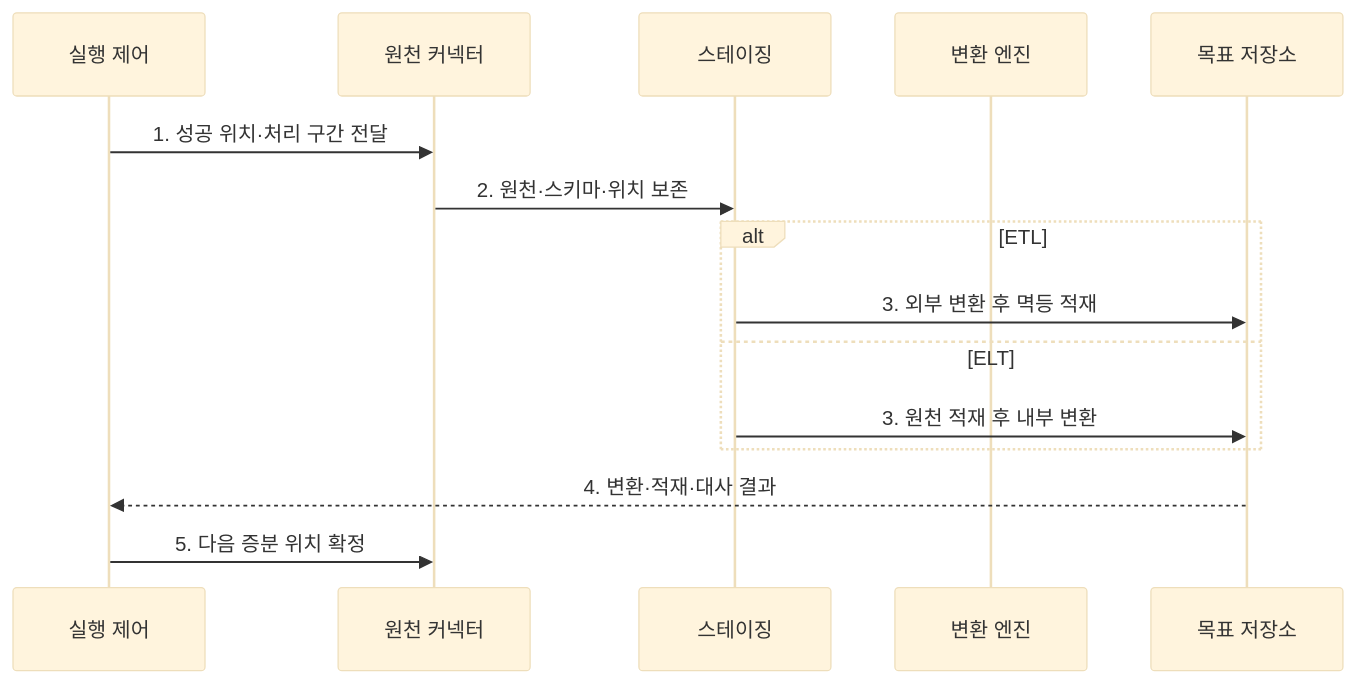
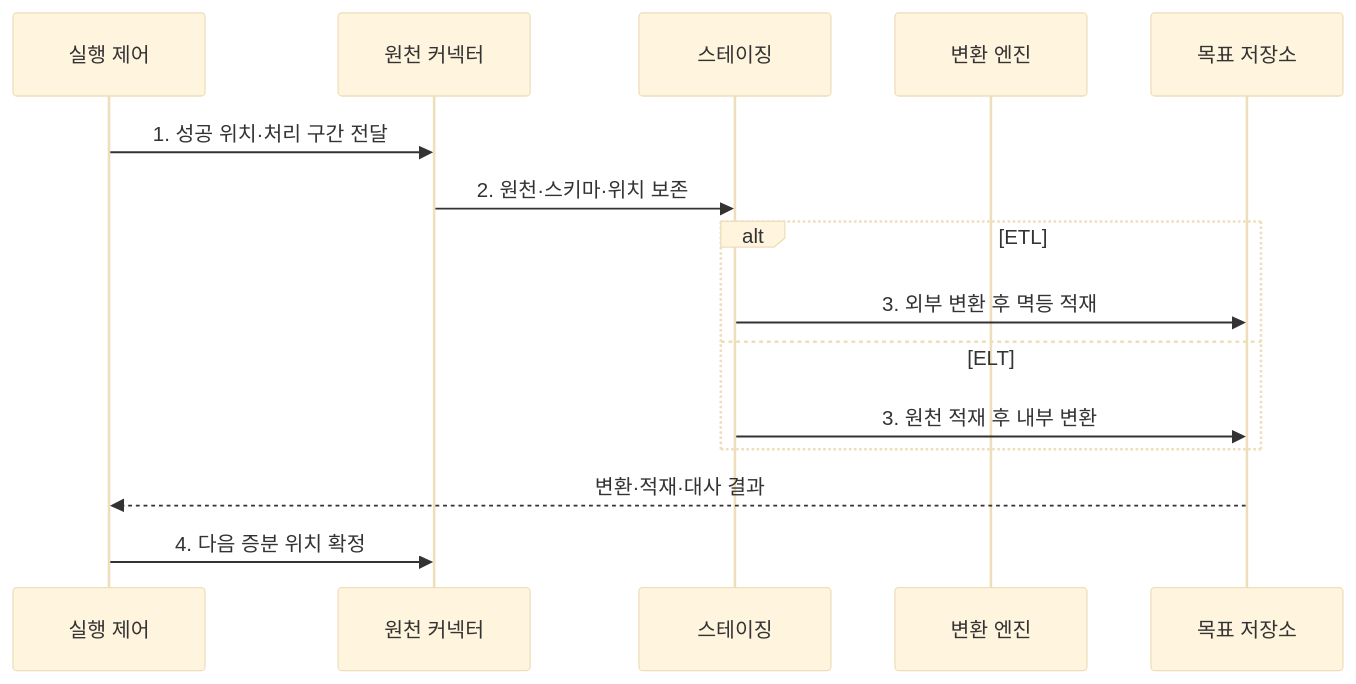
Before and after one commit to agnusdei1207/knowledge-base: the second of 2 diagrams in src/content/docs/notes/03-software/138_etl_elt_pipeline.md, drawn with Mermaid (base theme). The commit also changed other lines of this file and 20 other files, not shown here.

````diff
--- a/src/content/docs/notes/03-software/138_etl_elt_pipeline.md
+++ b/src/content/docs/notes/03-software/138_etl_elt_pipeline.md
@@ -81,17 +85,17 @@
 ```mermaid
 sequenceDiagram
     participant M as 실행 제어
     participant C as 원천 커넥터
     participant A as 스테이징
     participant T as 변환 엔진
     participant D as 목표 저장소
     M->>C: 1. 성공 위치·처리 구간 전달
     C->>A: 2. 원천·스키마·위치 보존
     alt ETL
         A->>D: 3. 외부 변환 후 멱등 적재
     else ELT
         A->>D: 3. 원천 적재 후 내부 변환
     end
-    D-->>M: 4. 변환·적재·대사 결과
-    M->>C: 5. 다음 증분 위치 확정
+    D-->>M: 변환·적재·대사 결과
+    M->>C: 4. 다음 증분 위치 확정
 ```
````
